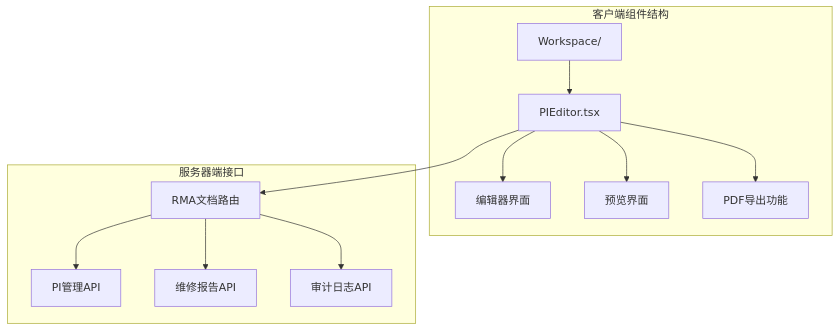
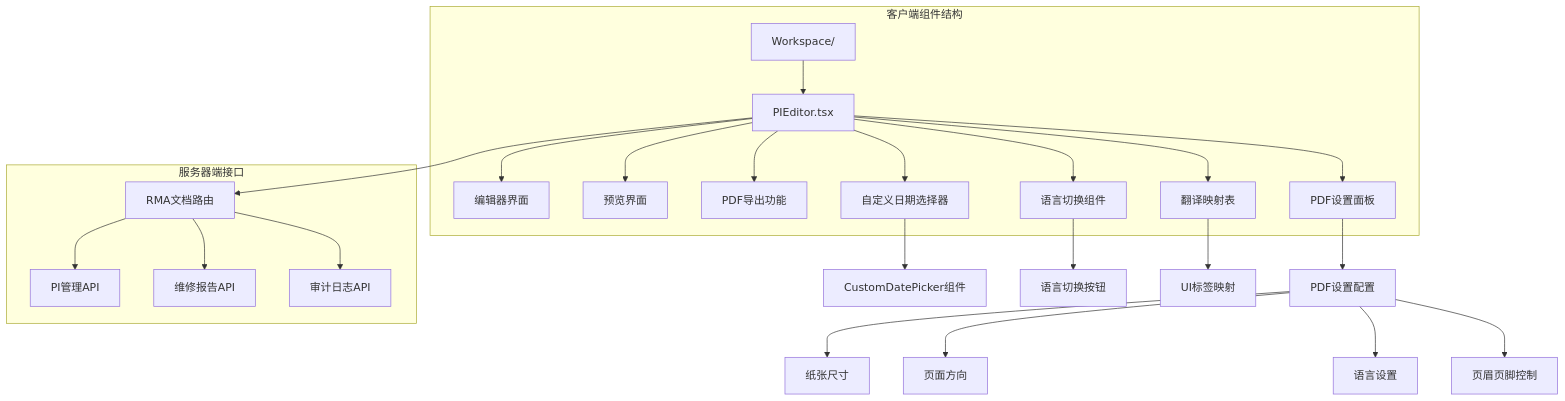
Before and after one commit to CubeEdge/Longhorn: the first of 11 diagrams in .qoder/repowiki/zh/content/Pi Editor Component.md, drawn with Mermaid. The commit also changed other lines of this file and 53 other files, not shown here.

````diff
--- a/.qoder/repowiki/zh/content/Pi Editor Component.md
+++ b/.qoder/repowiki/zh/content/Pi Editor Component.md
@@ -30,15 +45,27 @@
 ```mermaid
 graph TB
 subgraph "客户端组件结构"
 A[Workspace/] --> B[PIEditor.tsx]
 B --> C[编辑器界面]
 B --> D[预览界面]
 B --> E[PDF导出功能]
+B --> F[自定义日期选择器]
+B --> G[PDF设置面板]
+B --> H[语言切换组件]
+B --> I[翻译映射表]
 end
 subgraph "服务器端接口"
-F[RMA文档路由] --> G[PI管理API]
-F --> H[维修报告API]
-F --> I[审计日志API]
+J[RMA文档路由] --> K[PI管理API]
+J --> L[维修报告API]
+J --> M[审计日志API]
 end
-B --> F
+B --> J
+F --> N[CustomDatePicker组件]
+G --> O[PDF设置配置]
+O --> P[纸张尺寸]
+O --> Q[页面方向]
+O --> R[语言设置]
+O --> S[页眉页脚控制]
+H --> T[语言切换按钮]
+I --> U[UI标签映射]
 ```
````
